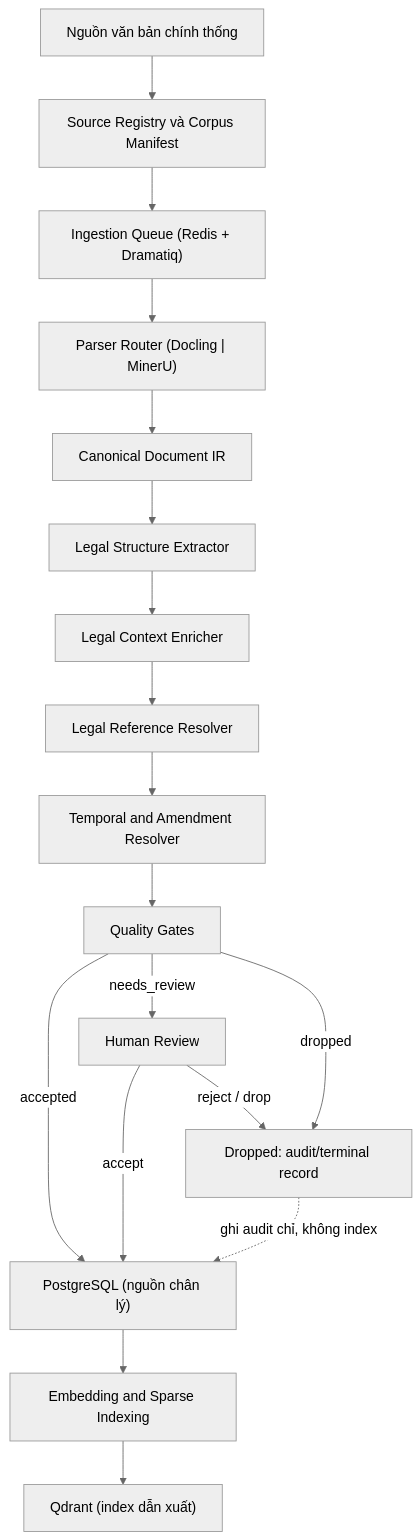
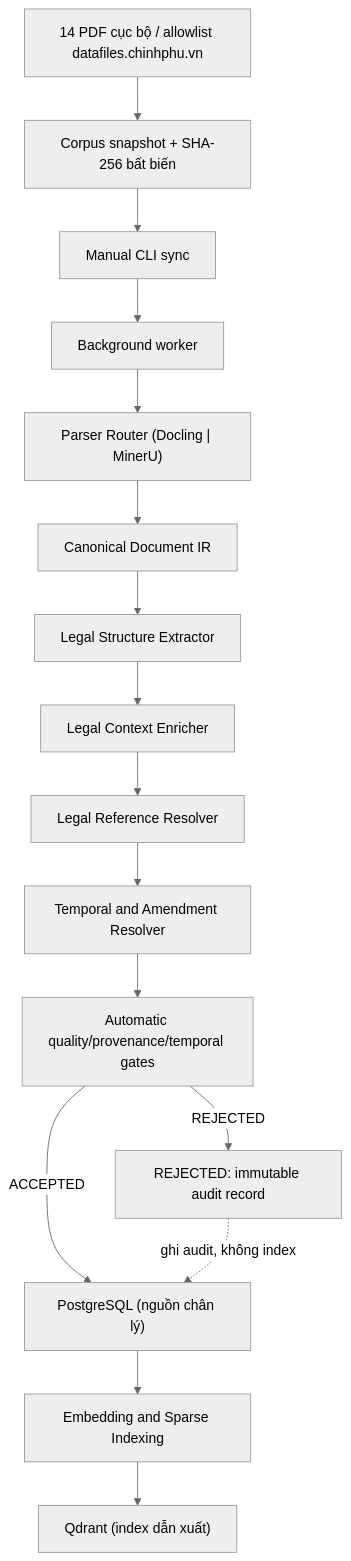
The first of 12 diagrams in docs/03-thiet-ke-he-thong.md (PhucTruong-ctrl/vn-traffic-law-RAG), drawn with Mermaid (neutral theme) before and after one commit. The commit also changed other lines of this file and 20 other files, not shown here.

````diff
--- a/docs/03-thiet-ke-he-thong.md
+++ b/docs/03-thiet-ke-he-thong.md
@@ -97,40 +97,25 @@
 ```mermaid
 flowchart TB
-    SRC["Nguồn văn bản chính thống"]
-    REG["Source Registry và Corpus Manifest"]
-    Q["Ingestion Queue (Redis + Dramatiq)"]
+    SRC["14 PDF cục bộ / allowlist datafiles.chinhphu.vn"]
+    SNAP["Corpus snapshot + SHA-256 bất biến"]
+    CLI["Manual CLI sync"]
+    Q["Background worker"]
     PR["Parser Router (Docling | MinerU)"]
     IR["Canonical Document IR"]
     LSE["Legal Structure Extractor"]
     ENR["Legal Context Enricher"]
     REF["Legal Reference Resolver"]
     TR["Temporal and Amendment Resolver"]
-    QG["Quality Gates"]
-    HR["Human Review"]
+    QG["Automatic quality/provenance/temporal gates"]
     PG["PostgreSQL (nguồn chân lý)"]
     IDX["Embedding and Sparse Indexing"]
     QD["Qdrant (index dẫn xuất)"]
-    DROP["Dropped: audit/terminal record"]
+    REJ["REJECTED: immutable audit record"]
 
-    SRC --> REG
-    REG --> Q
-    Q --> PR
-    PR --> IR
-    IR --> LSE
-    LSE --> ENR
-    ENR --> REF
-    REF --> TR
-    TR --> QG
-
-    QG -->|accepted| PG
-    QG -->|needs_review| HR
-    QG -->|dropped| DROP
-
-    HR -->|accept| PG
-    HR -->|reject / drop| DROP
-
-    PG --> IDX
-    IDX --> QD
-
-    DROP -. "ghi audit chỉ, không index" .-> PG
+    SRC --> SNAP --> CLI --> Q
+    Q --> PR --> IR --> LSE --> ENR --> REF --> TR --> QG
+    QG -->|ACCEPTED| PG
+    QG -->|REJECTED| REJ
+    REJ -. "ghi audit, không index" .-> PG
+    PG --> IDX --> QD
 ```
````
